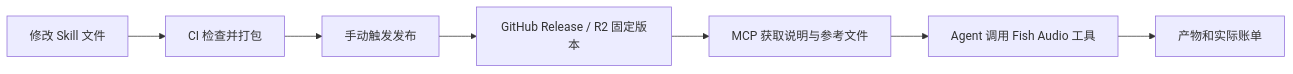
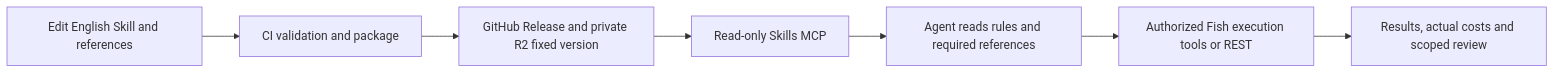
Before and after one commit to yiruoyanyu-ui/fish-skills: the diagram in README.md, drawn with Mermaid. The commit also changed other lines of this file and 38 other files, not shown here.

Commit message:
Publish eight English preview Skills with scoped validation and withdraw four workflows

````diff
--- a/README.md
+++ b/README.md
@@ -15,9 +39,9 @@
 ```mermaid
 flowchart LR
-  A[修改 Skill 文件] --> B[CI 检查并打包]
-  B --> C[手动触发发布]
-  C --> D[GitHub Release / R2 固定版本]
-  D --> E[MCP 获取说明与参考文件]
-  E --> F[Agent 调用 Fish Audio 工具]
-  F --> G[产物和实际账单]
+ A[Edit English Skill and references] --> B[CI validation and package]
+ B --> C[GitHub Release and private R2 fixed version]
+ C --> D[Read-only Skills MCP]
+ D --> E[Agent reads rules and required references]
+ E --> F[Authorized Fish execution tools or REST]
+ F --> G[Results, actual costs and scoped review]
 ```
````
